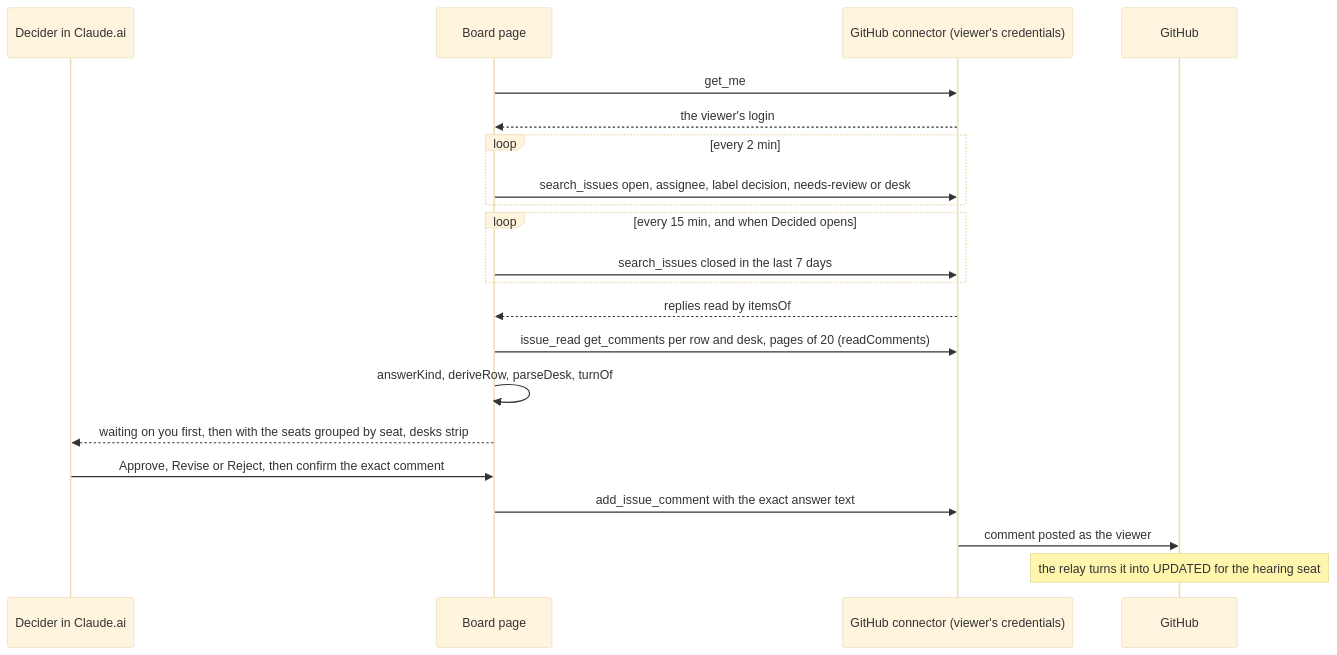
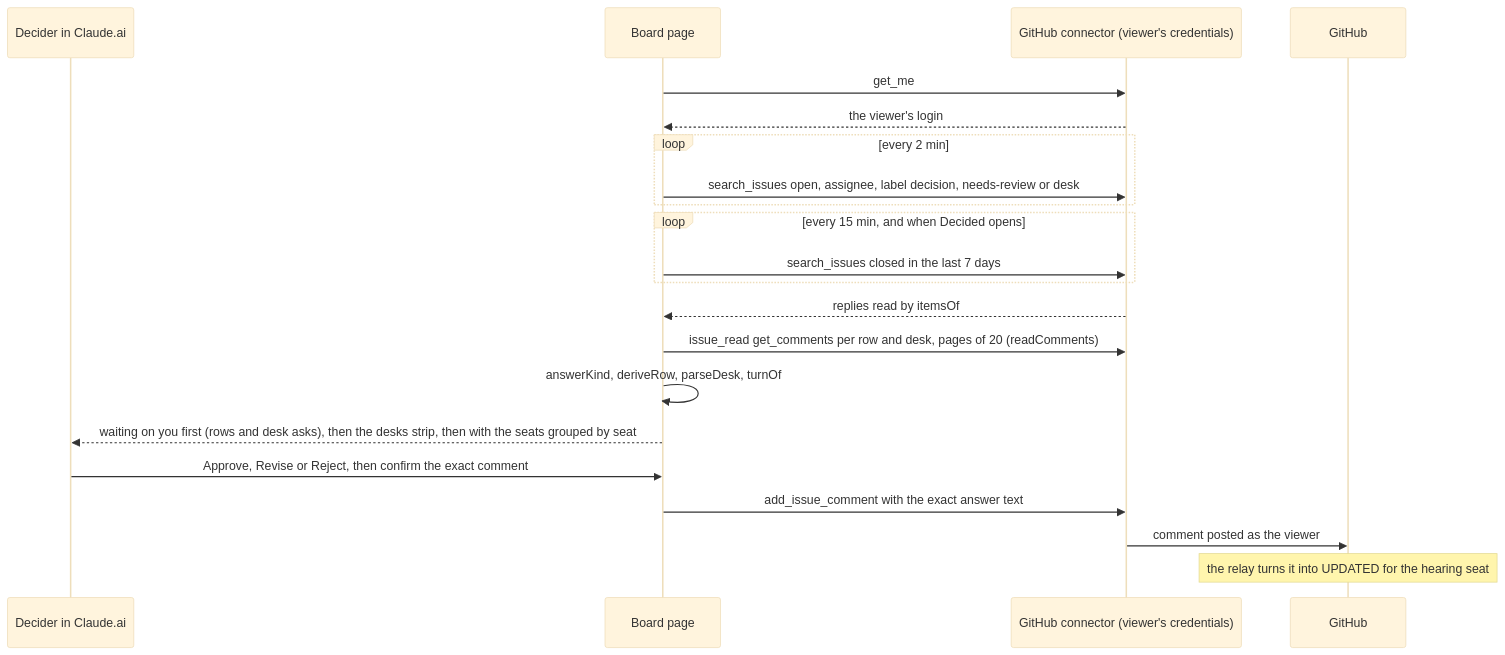
One commit to DeSciX/daita-beast changed the sixth of 12 diagrams in docs/design/flows.md. Above: the diagram before and after it, drawn with Mermaid (base theme). The commit also changed other lines of this file and 32 other files, not shown here.

````diff
--- a/docs/design/flows.md
+++ b/docs/design/flows.md
@@ -238,23 +238,23 @@
 ```mermaid
 sequenceDiagram
   participant V as Decider in Claude.ai
   participant P as Board page
   participant C as GitHub connector (viewer's credentials)
   participant G as GitHub
   P->>C: get_me
   C-->>P: the viewer's login
   loop every 2 min
     P->>C: search_issues open, assignee, label decision, needs-review or desk
   end
   loop every 15 min, and when Decided opens
     P->>C: search_issues closed in the last 7 days
   end
   C-->>P: replies read by itemsOf
   P->>C: issue_read get_comments per row and desk, pages of 20 (readComments)
   P->>P: answerKind, deriveRow, parseDesk, turnOf
-  P-->>V: waiting on you first, then with the seats grouped by seat, desks strip
+  P-->>V: waiting on you first (rows and desk asks), then the desks strip, then with the seats grouped by seat
   V->>P: Approve, Revise or Reject, then confirm the exact comment
   P->>C: add_issue_comment with the exact answer text
   C->>G: comment posted as the viewer
   Note over G: the relay turns it into UPDATED for the hearing seat
 ```
````
